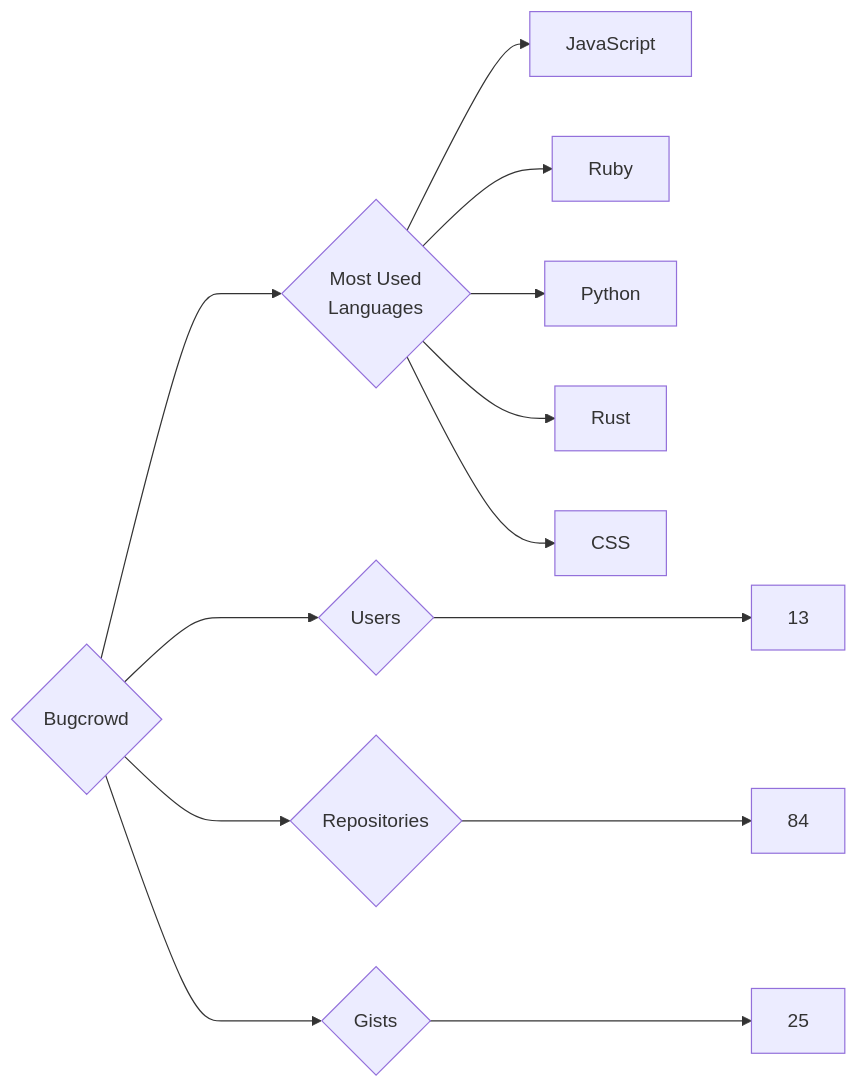
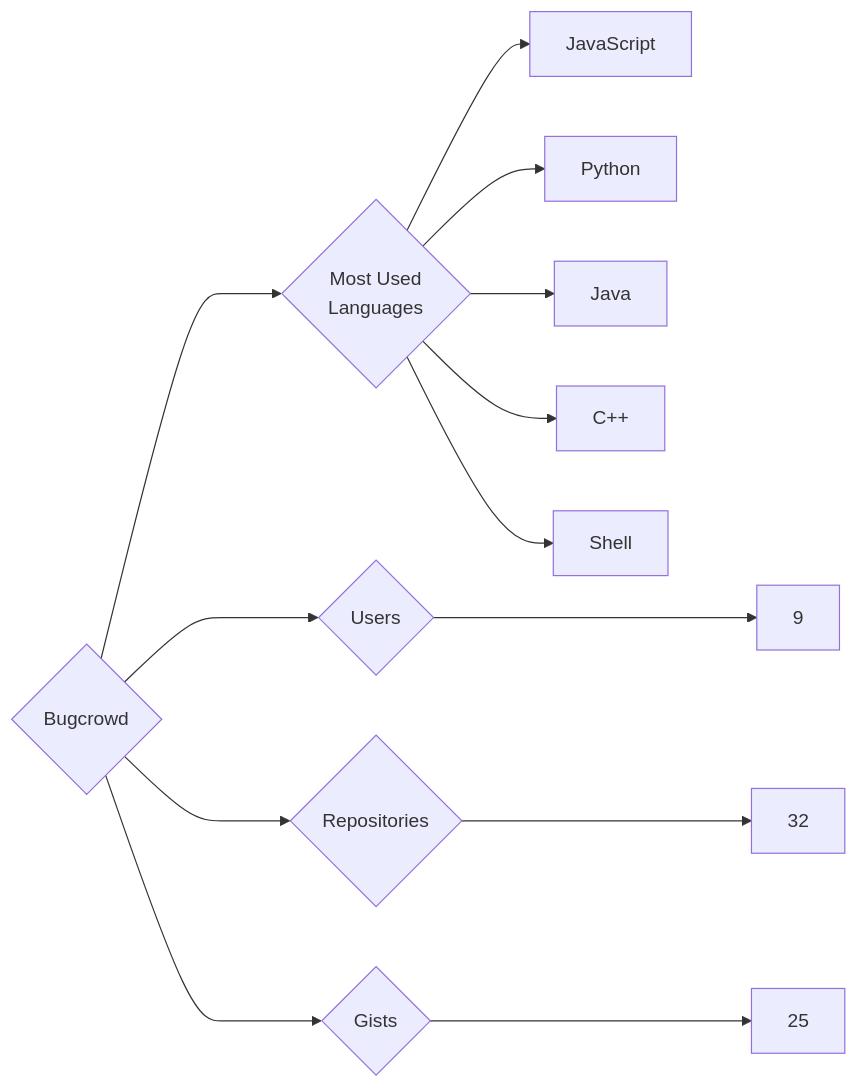
Before and after one commit to trickest/insiders: the diagram in targets/Bugcrowd/README.md, drawn with Mermaid. The commit also changed 815 other files, not shown here.

````diff
--- a/targets/Bugcrowd/README.md
+++ b/targets/Bugcrowd/README.md
@@ -3,13 +3,13 @@
 ```mermaid
 graph LR
 COMPANY_NAME{Bugcrowd}
-COMPANY_NAME ---> U{Users} ---> UN[13]
-COMPANY_NAME ---> R{Repositories} ---> RN[84]
+COMPANY_NAME ---> U{Users} ---> UN[9]
+COMPANY_NAME ---> R{Repositories} ---> RN[32]
 COMPANY_NAME ---> G{Gists} ---> GN[25]
 COMPANY_NAME ---> ML{Most Used<br>Languages}
 ML --> JavaScript[JavaScript]
-ML --> Ruby[Ruby]
 ML --> Python[Python]
-ML --> Rust[Rust]
-ML --> CSS[CSS]
+ML --> Java[Java]
+ML --> C++[C++]
+ML --> Shell[Shell]
 ```
````
